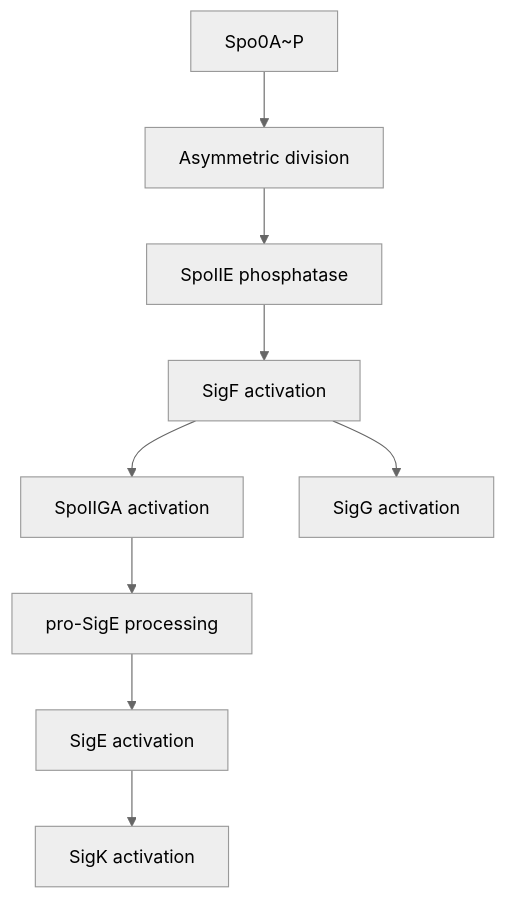
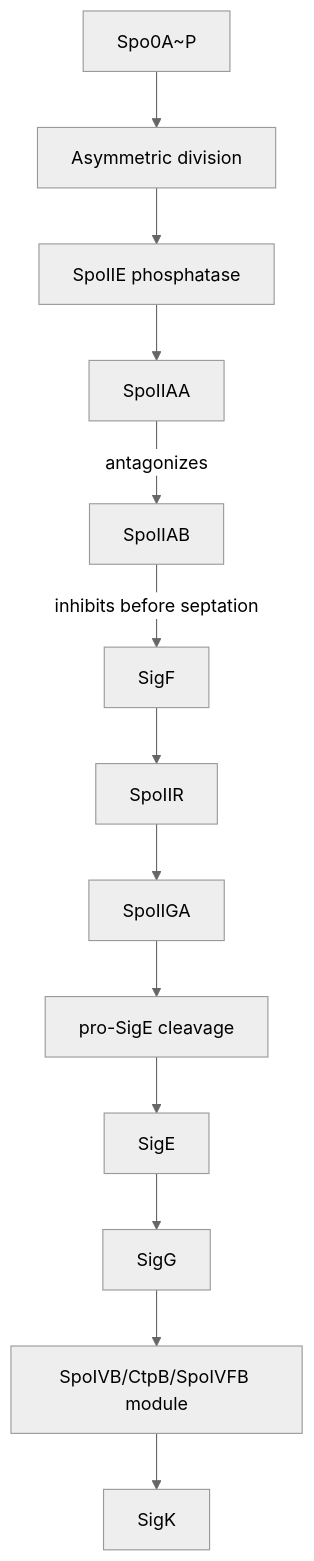
One commit to ai4curation/ai-gene-review changed the diagram in projects/BACSU/BACSU_SPORULATION-pathway.md. Above: the diagram before and after it, drawn with Mermaid (neutral theme). The commit also changed other lines of this file and 259 other files, not shown here.

````diff
--- a/projects/BACSU/BACSU_SPORULATION-pathway.md
+++ b/projects/BACSU/BACSU_SPORULATION-pathway.md
@@ -52,11 +62,15 @@
 ```mermaid
 flowchart TD
   A[Spo0A~P] --> B[Asymmetric division]
   B --> C[SpoIIE phosphatase]
-  C --> D[SigF activation]
-  D --> E[SpoIIGA activation]
-  E --> F[pro-SigE processing]
-  F --> G[SigE activation]
-  G --> H[SigK activation]
-  D --> I[SigG activation]
+  C --> D[SpoIIAA]
+  E[SpoIIAB] -->|inhibits before septation| F[SigF]
+  D -->|antagonizes| E
+  F --> G[SpoIIR]
+  G --> H[SpoIIGA]
+  H --> I[pro-SigE cleavage]
+  I --> J[SigE]
+  J --> K[SigG]
+  K --> L[SpoIVB/CtpB/SpoIVFB module]
+  L --> M[SigK]
 ```
````
